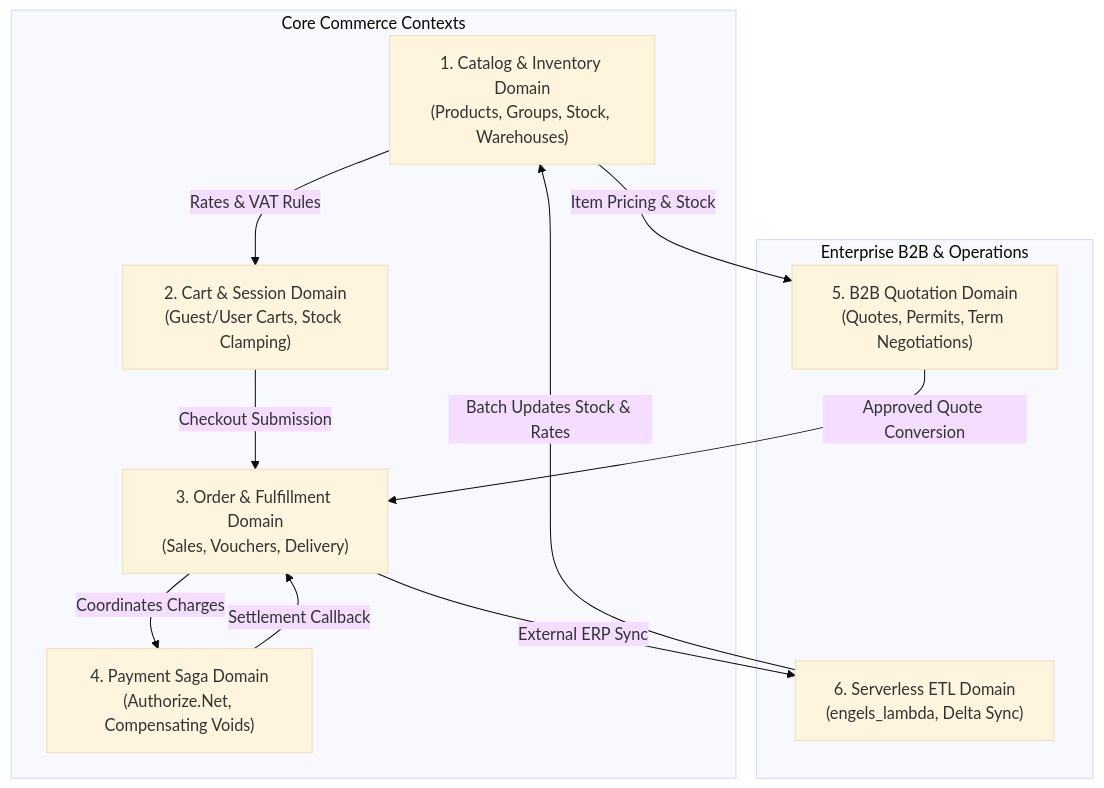
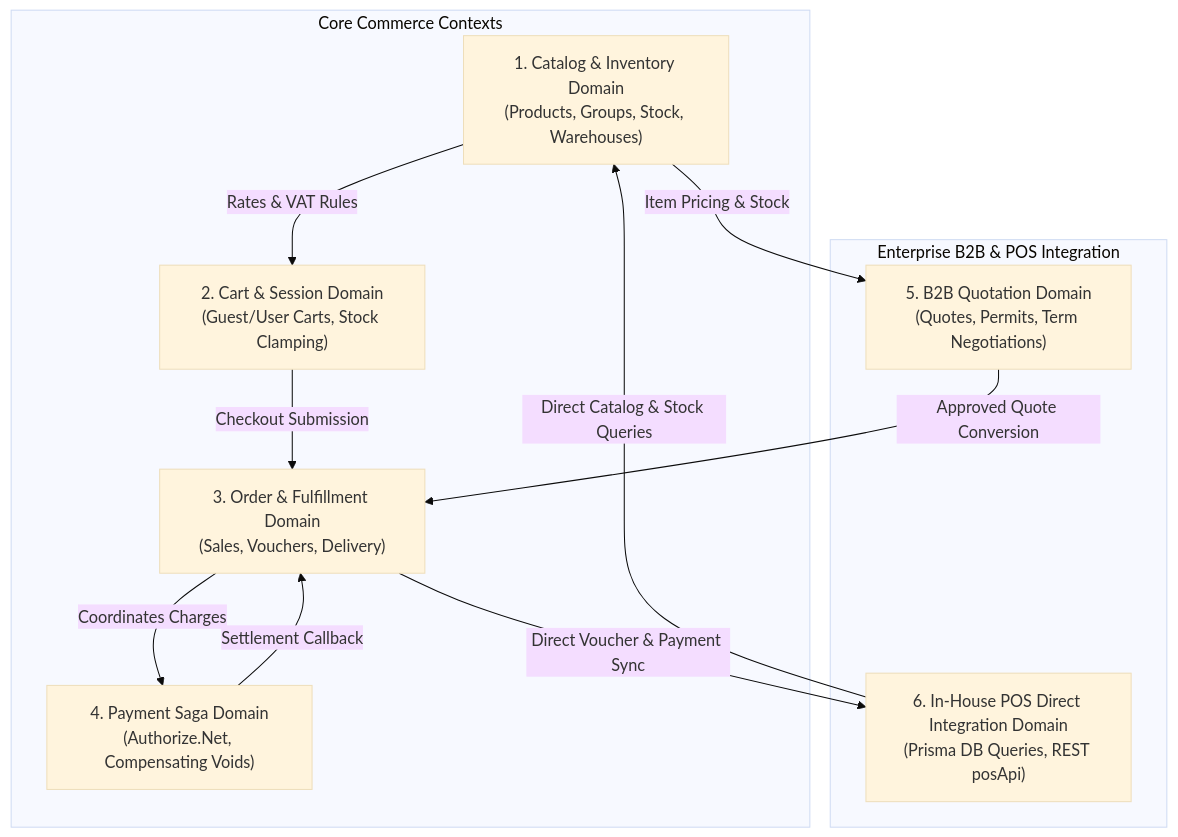
Before and after one commit to Nawaz393/omnichannel-ecommerce-platform-architecture: the diagram in docs/domain-map.md, drawn with Mermaid (base theme). The commit also changed other lines of this file and 17 other files, not shown here.

Commit message:
refactor: generalize proprietary names, eliminate lambda, and document direct POS DB/API architecture

````diff
--- a/docs/domain-map.md
+++ b/docs/domain-map.md
@@ -13,23 +13,23 @@
 ```mermaid
 flowchart TD
     subgraph CoreCommerce ["Core Commerce Contexts"]
         CATALOG["1. Catalog & Inventory Domain<br/>(Products, Groups, Stock, Warehouses)"]
         CART["2. Cart & Session Domain<br/>(Guest/User Carts, Stock Clamping)"]
         ORDER["3. Order & Fulfillment Domain<br/>(Sales, Vouchers, Delivery)"]
         PAYMENT["4. Payment Saga Domain<br/>(Authorize.Net, Compensating Voids)"]
     end
 
-    subgraph EnterpriseExtension ["Enterprise B2B & Operations"]
+    subgraph EnterpriseExtension ["Enterprise B2B & POS Integration"]
         B2B["5. B2B Quotation Domain<br/>(Quotes, Permits, Term Negotiations)"]
-        ETL["6. Serverless ETL Domain<br/>(engels_lambda, Delta Sync)"]
+        POS_INT["6. In-House POS Direct Integration Domain<br/>(Prisma DB Queries, REST posApi)"]
     end
 
     CATALOG -->|"Rates & VAT Rules"| CART
     CART -->|"Checkout Submission"| ORDER
     ORDER -->|"Coordinates Charges"| PAYMENT
     PAYMENT -->|"Settlement Callback"| ORDER
     CATALOG -->|"Item Pricing & Stock"| B2B
     B2B -->|"Approved Quote Conversion"| ORDER
-    ETL -->|"Batch Updates Stock & Rates"| CATALOG
-    ORDER -->|"External ERP Sync"| ETL
+    POS_INT -->|"Direct Catalog & Stock Queries"| CATALOG
+    ORDER -->|"Direct Voucher & Payment Sync"| POS_INT
 ```
````
